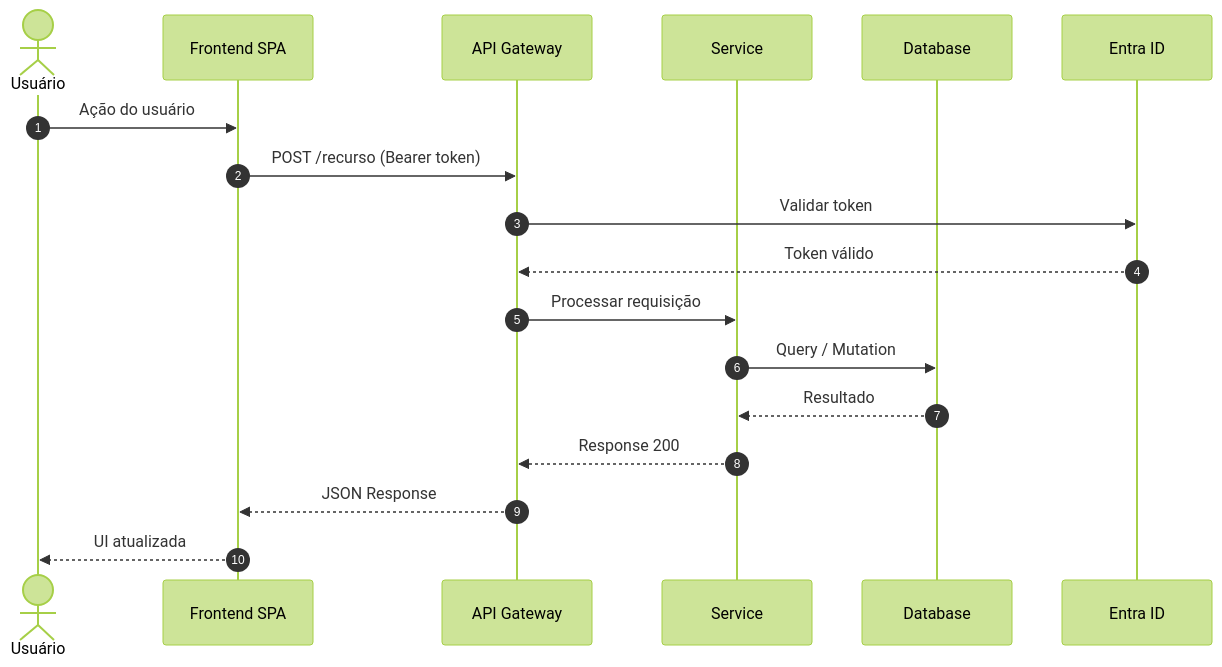
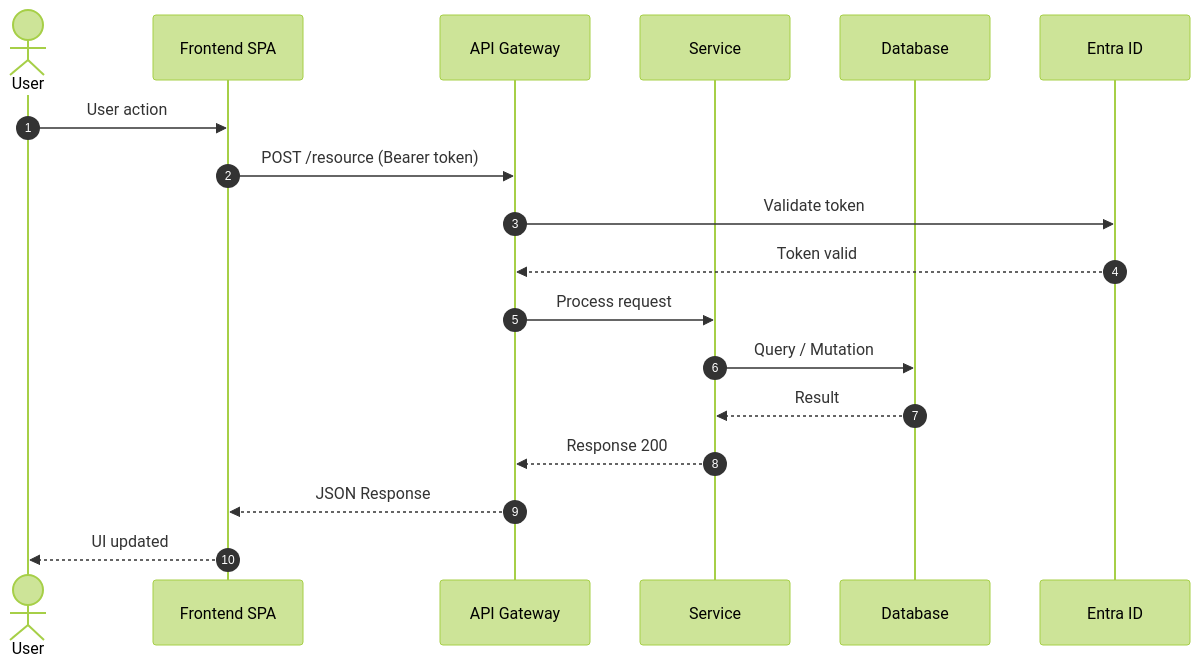
The fourth of 4 diagrams in agent-server/personas/architect.md (juliopessan/DABBA-STUDIO), drawn with Mermaid (forest theme) before and after one commit. The commit also changed other lines of this file and 19 other files, not shown here.

````diff
--- a/agent-server/personas/architect.md
+++ b/agent-server/personas/architect.md
@@ -271,21 +273,21 @@
 ```mermaid
 sequenceDiagram
   autonumber
-  actor U as Usuário
+  actor U as User
   participant SPA as Frontend SPA
   participant APIM as API Gateway
   participant SVC as Service
   participant DB as Database
   participant AAD as Entra ID
 
-  U->>SPA: Ação do usuário
-  SPA->>APIM: POST /recurso (Bearer token)
-  APIM->>AAD: Validar token
-  AAD-->>APIM: Token válido
-  APIM->>SVC: Processar requisição
+  U->>SPA: User action
+  SPA->>APIM: POST /resource (Bearer token)
+  APIM->>AAD: Validate token
+  AAD-->>APIM: Token valid
+  APIM->>SVC: Process request
   SVC->>DB: Query / Mutation
-  DB-->>SVC: Resultado
+  DB-->>SVC: Result
   SVC-->>APIM: Response 200
   APIM-->>SPA: JSON Response
-  SPA-->>U: UI atualizada
+  SPA-->>U: UI updated
 ```
````
